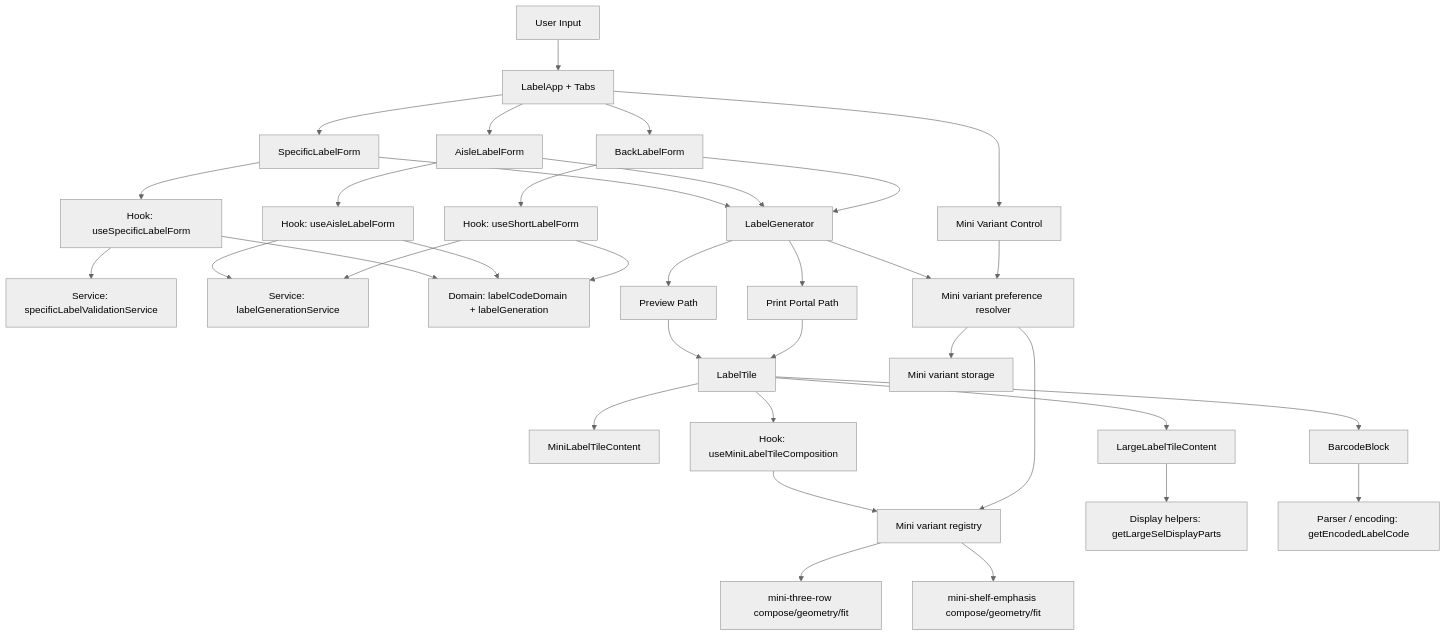
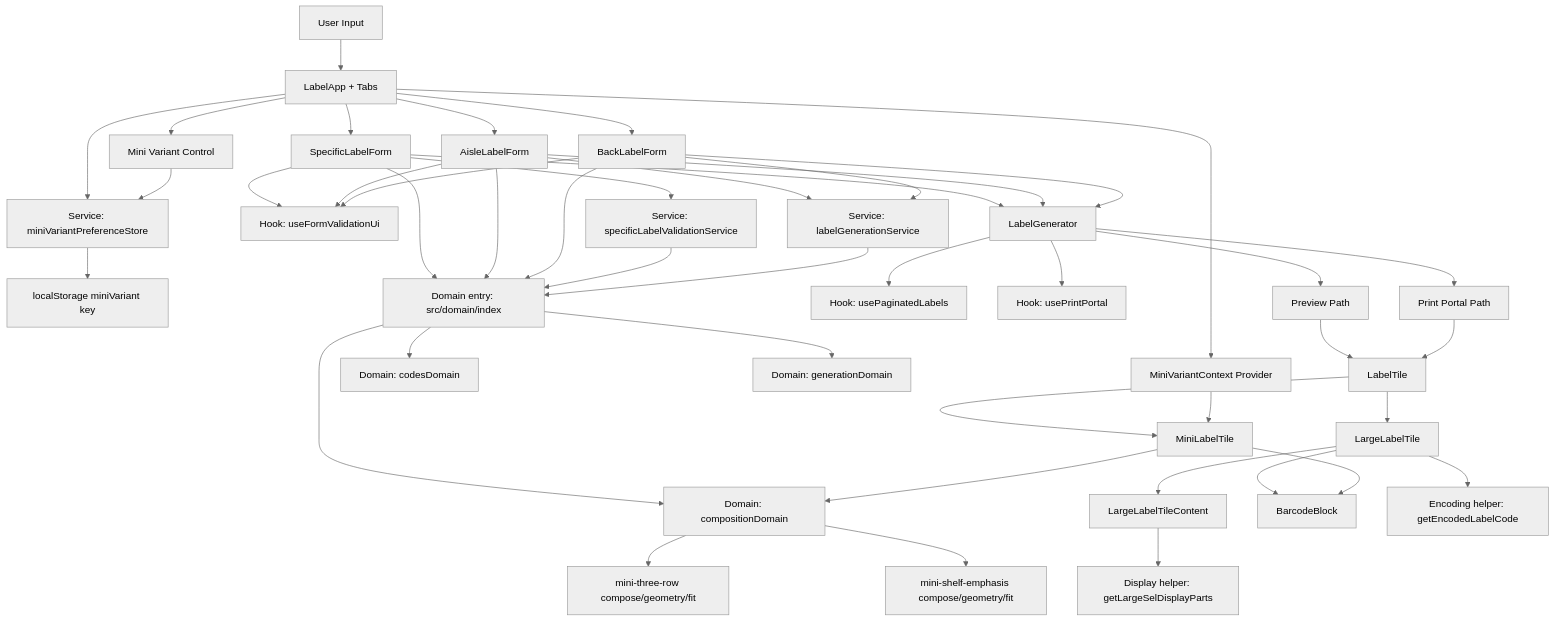
Before and after one commit to TonyGorman/barcode-generator: the diagram in README.md, drawn with Mermaid (neutral theme). The commit also changed other lines of this file and 38 other files, not shown here.

````diff
--- a/README.md
+++ b/README.md
@@ -49,43 +49,57 @@
 ```mermaid
 flowchart TD
   U[User Input] --> A[LabelApp + Tabs]
   A --> MVU[Mini Variant Control]
   A --> SF[SpecificLabelForm]
   A --> AF[AisleLabelForm]
   A --> BF[BackLabelForm]
 
-  SF --> SH[Hook: useSpecificLabelForm]
-  AF --> AH[Hook: useAisleLabelForm]
-  BF --> BH[Hook: useShortLabelForm]
+  A --> MPS[Service: miniVariantPreferenceStore]
+  MPS --> ST[localStorage miniVariant key]
+  A --> MVC[MiniVariantContext Provider]
+  MVU --> MPS
 
-  SH --> SVS[Service: specificLabelValidationService]
-  AH --> LGS[Service: labelGenerationService]
-  BH --> LGS
+  SF --> HUI[Hook: useFormValidationUi]
+  AF --> HUI
+  BF --> HUI
 
-  SH --> DG[Domain: labelCodeDomain + labelGeneration]
-  AH --> DG
-  BH --> DG
+  SF --> SVS[Service: specificLabelValidationService]
+  AF --> LGS[Service: labelGenerationService]
+  BF --> LGS
+
+  SF --> DI[Domain entry: src/domain/index]
+  AF --> DI
+  BF --> DI
+  SVS --> DI
+  LGS --> DI
+
+  DI --> CD[Domain: codesDomain]
+  DI --> GD[Domain: generationDomain]
+  DI --> CMP[Domain: compositionDomain]
 
   SF --> LG[LabelGenerator]
   AF --> LG
   BF --> LG
 
+  LG --> UP[Hook: usePaginatedLabels]
+  LG --> UPP[Hook: usePrintPortal]
   LG --> PL[Preview Path]
   LG --> PR[Print Portal Path]
 
   PL --> LT[LabelTile]
   PR --> LT
-  LT --> MLC[MiniLabelTileContent]
-  LT --> LLC[LargeLabelTileContent]
-  LT --> BBC[BarcodeBlock]
-  LT --> MCH[Hook: useMiniLabelTileComposition]
-  MCH --> MR[Mini variant registry]
-  LG --> MP[Mini variant preference resolver]
-  MP --> ST[Mini variant storage]
-  MP --> MR
-  MVU --> MP
-  MR --> M3[mini-three-row compose/geometry/fit]
-  MR --> MS[mini-shelf-emphasis compose/geometry/fit]
-  LLC --> DH[Display helpers: getLargeSelDisplayParts]
-  BBC --> D2[Parser / encoding: getEncodedLabelCode]
+
+  LT --> MLT[MiniLabelTile]
+  LT --> LLT[LargeLabelTile]
+
+  MVC --> MLT
+  MLT --> CMP
+  CMP --> M3[mini-three-row compose/geometry/fit]
+  CMP --> MS[mini-shelf-emphasis compose/geometry/fit]
+
+  LLT --> LLC[LargeLabelTileContent]
+  LLT --> BBC[BarcodeBlock]
+  LLC --> DH[Display helper: getLargeSelDisplayParts]
+  LLT --> EB[Encoding helper: getEncodedLabelCode]
+  MLT --> BBC
 ```
````
